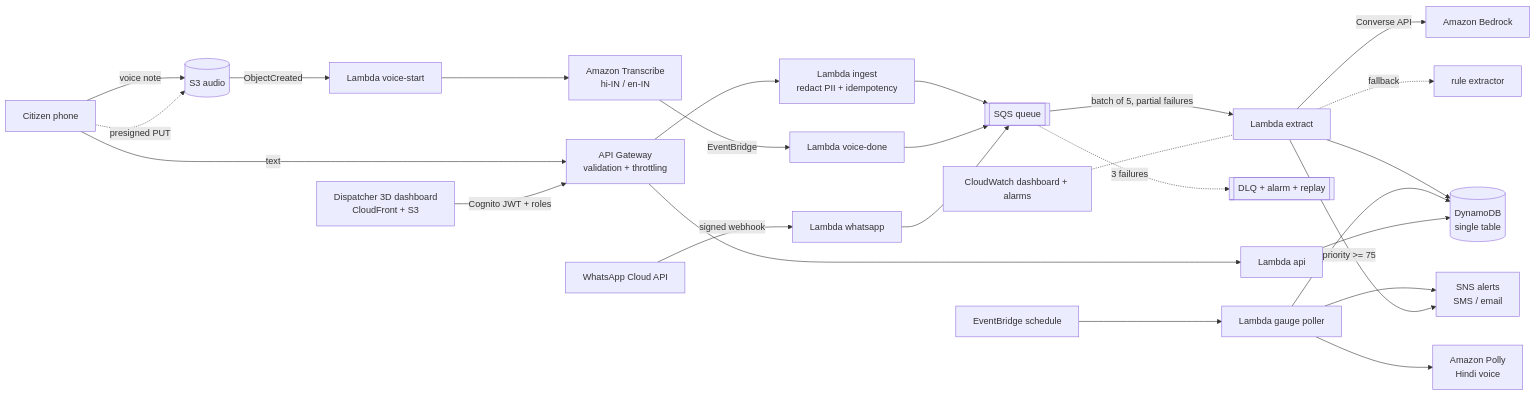
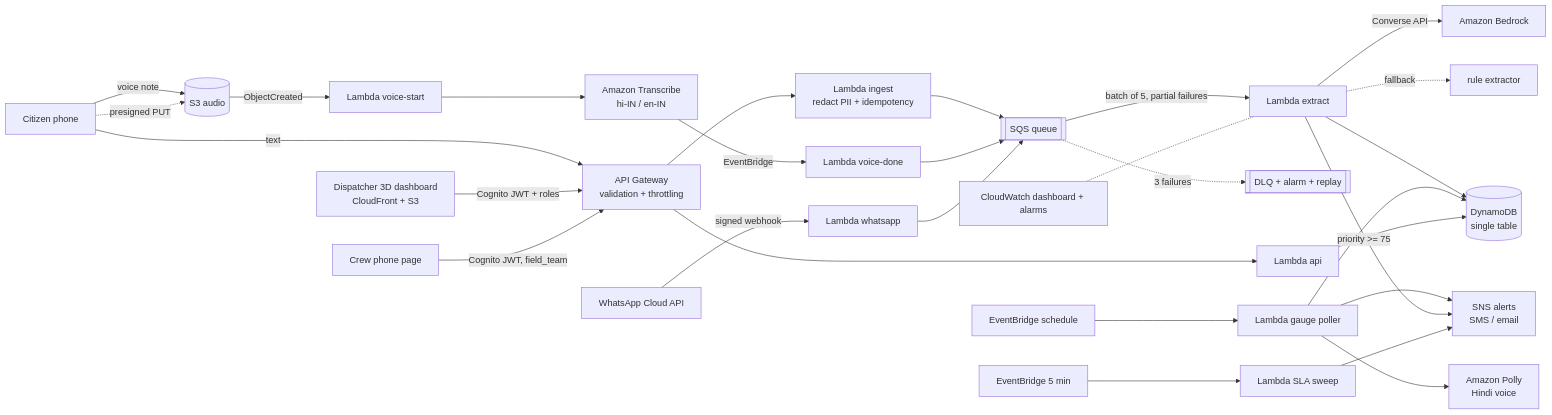
One commit to abhishek5228/BaadhMitra-Bihar changed the diagram in README.md. Above: the diagram before and after it, drawn with Mermaid. The commit also changed other lines of this file and 14 other files, not shown here.

First line of the commit message:
Detailed README: use cases, animated flow, 3D orbit and dispatch GIFs, graphs from real code, test breakdown

````diff
--- a/README.md
+++ b/README.md
@@ -96,27 +190,29 @@
 ```mermaid
 flowchart LR
   C[Citizen phone] -->|text| APIGW[API Gateway<br/>validation + throttling]
   C -->|voice note| S3[(S3 audio)]
   APIGW --> ING[Lambda ingest<br/>redact PII + idempotency]
   C -. presigned PUT .-> S3
   S3 -->|ObjectCreated| VS[Lambda voice-start]
   VS --> TR[Amazon Transcribe<br/>hi-IN / en-IN]
   TR -->|EventBridge| VD[Lambda voice-done]
   ING --> Q[[SQS queue]]
   VD --> Q
   Q -->|batch of 5, partial failures| EX[Lambda extract]
   EX -->|Converse API| BR[Amazon Bedrock]
   EX -. fallback .-> RULE[rule extractor]
   Q -. 3 failures .-> DLQ[[DLQ + alarm + replay]]
   EX --> DDB[(DynamoDB<br/>single table)]
   EB[EventBridge schedule] --> G[Lambda gauge poller]
   G --> DDB
   G --> POLLY[Amazon Polly<br/>Hindi voice]
   G --> SNS[SNS alerts<br/>SMS / email]
   EX -->|priority >= 75| SNS
+  EB2[EventBridge 5 min] --> SLA[Lambda SLA sweep] --> SNS
   WA[WhatsApp Cloud API] -->|signed webhook| WAL[Lambda whatsapp] --> Q
   DASH[Dispatcher 3D dashboard<br/>CloudFront + S3] -->|Cognito JWT + roles| APIGW
+  CREW[Crew phone page] -->|Cognito JWT, field_team| APIGW
   APIGW --> API[Lambda api]
   API --> DDB
   CW[CloudWatch dashboard + alarms] -.- EX
 ```
````
